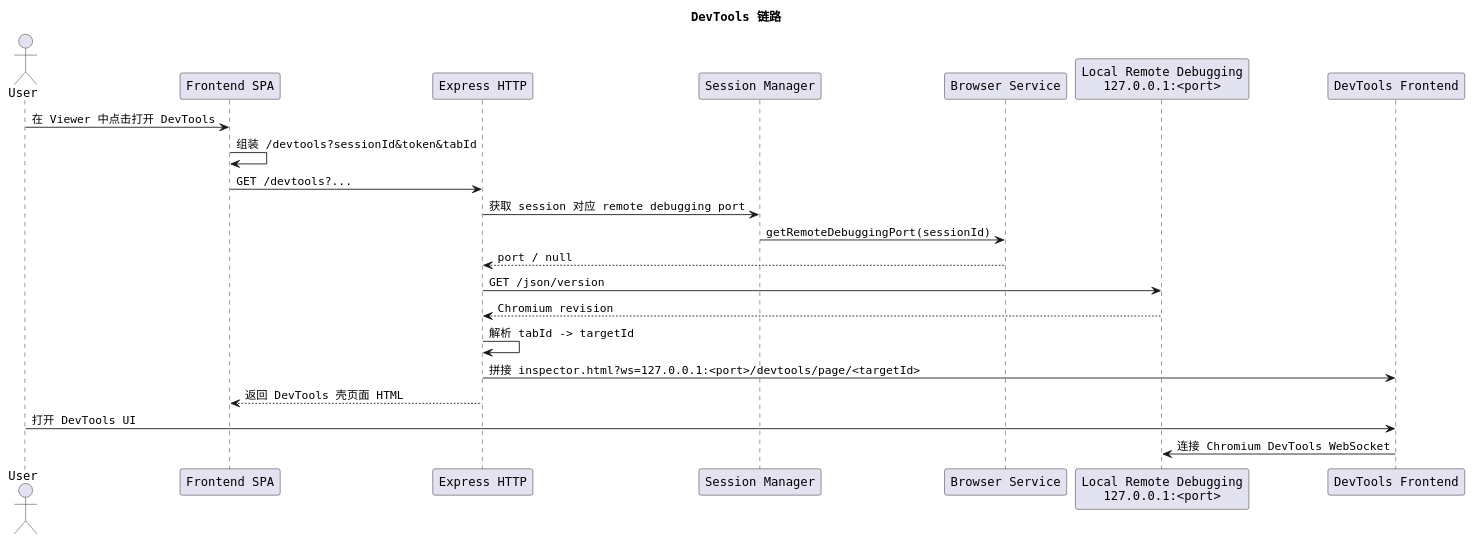
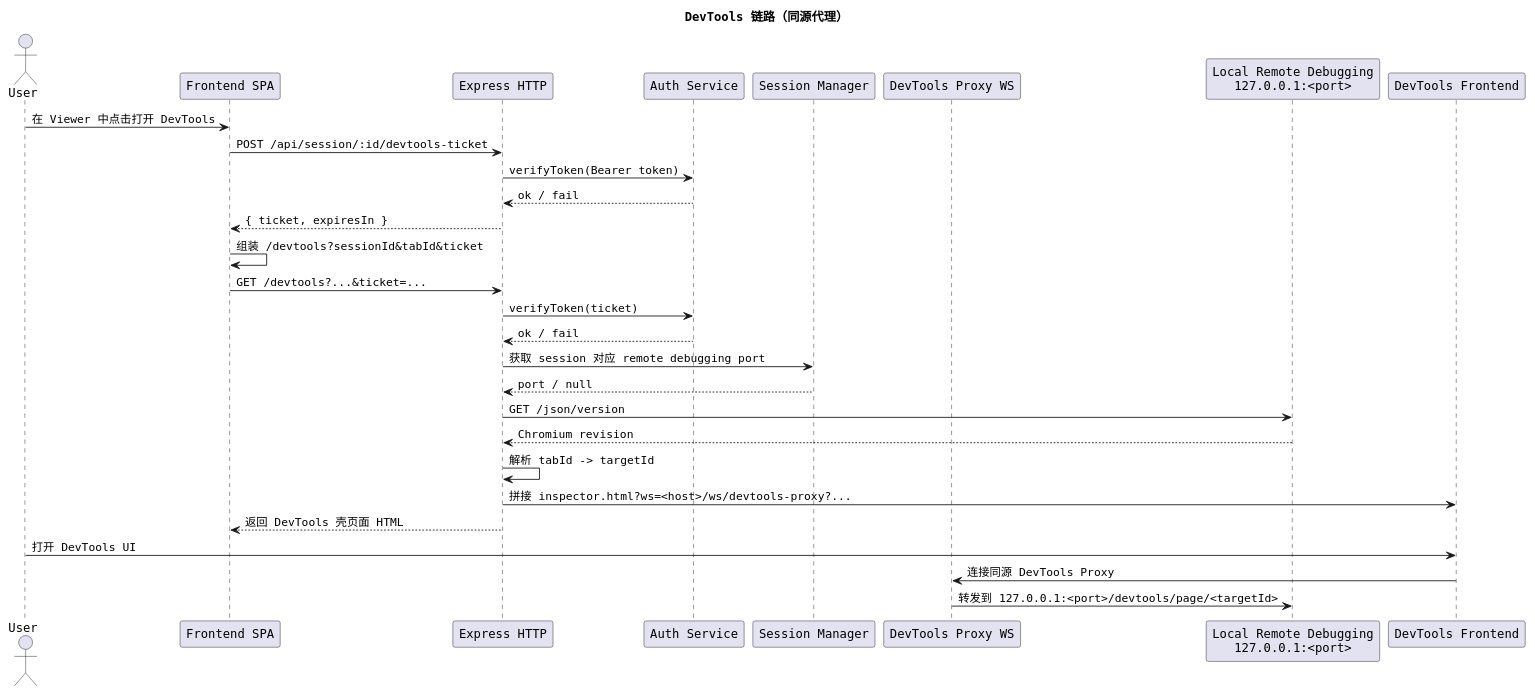
One commit to jackshen3102/run-weave changed the fourth of 6 diagrams in NETWORK-ROUTING-OVERVIEW.md. Above: the diagram before and after it, drawn with PlantUML. The commit also changed other lines of this file and 15 other files, not shown here.

Commit message:
Commit remaining devtools proxy changes

````diff
--- a/NETWORK-ROUTING-OVERVIEW.md
+++ b/NETWORK-ROUTING-OVERVIEW.md
@@ -213,33 +220,41 @@
 ```plantuml
 @startuml
-title DevTools 链路
+title DevTools 链路（同源代理）
 
 skinparam shadowing false
 skinparam defaultFontName Monospaced
 
 actor User
 participant "Frontend SPA" as FE
 participant "Express HTTP" as BE
+participant "Auth Service" as AUTH
 participant "Session Manager" as SM
-participant "Browser Service" as BS
+participant "DevTools Proxy WS" as DTP
 participant "Local Remote Debugging\n127.0.0.1:<port>" as RDP
 participant "DevTools Frontend" as DTF
 
 User -> FE : 在 Viewer 中点击打开 DevTools
-FE -> FE : 组装 /devtools?sessionId&token&tabId
-FE -> BE : GET /devtools?...
+FE -> BE : POST /api/session/:id/devtools-ticket
+BE -> AUTH : verifyToken(Bearer token)
+AUTH --> BE : ok / fail
+BE --> FE : { ticket, expiresIn }
+
+FE -> FE : 组装 /devtools?sessionId&tabId&ticket
+FE -> BE : GET /devtools?...&ticket=...
+BE -> AUTH : verifyToken(ticket)
+AUTH --> BE : ok / fail
 BE -> SM : 获取 session 对应 remote debugging port
-SM -> BS : getRemoteDebuggingPort(sessionId)
-BS --> BE : port / null
+SM --> BE : port / null
 
 BE -> RDP : GET /json/version
 RDP --> BE : Chromium revision
 BE -> BE : 解析 tabId -> targetId
-BE -> DTF : 拼接 inspector.html?ws=127.0.0.1:<port>/devtools/page/<targetId>
+BE -> DTF : 拼接 inspector.html?ws=<host>/ws/devtools-proxy?...
 BE --> FE : 返回 DevTools 壳页面 HTML
 
 User -> DTF : 打开 DevTools UI
-DTF -> RDP : 连接 Chromium DevTools WebSocket
+DTF -> DTP : 连接同源 DevTools Proxy
+DTP -> RDP : 转发到 127.0.0.1:<port>/devtools/page/<targetId>
 
 @enduml
 ```
````
